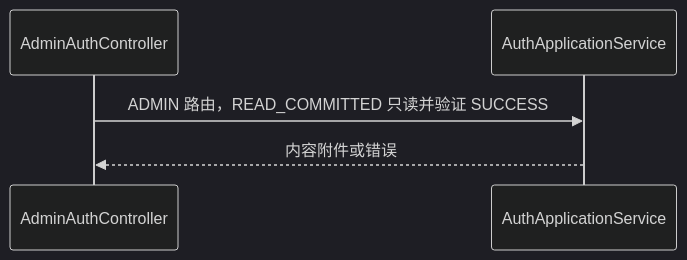
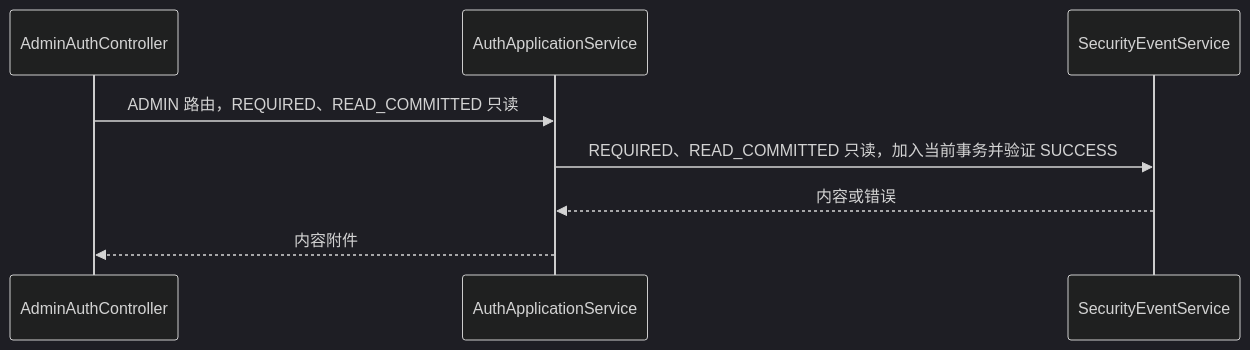
Diagram 23 of 33 in docs/requirements/operations.md (Kylinlixd/suno), drawn with Mermaid (dark theme) before and after one commit. The commit also changed other lines of this file and 2 other files, not shown here.

Commit message:
docs: clarify identity and operations transaction flows

````diff
--- a/docs/requirements/operations.md
+++ b/docs/requirements/operations.md
@@ -221,7 +245,10 @@
 ```mermaid
 sequenceDiagram
   participant C as AdminAuthController#downloadSecurityEventsExportTask
   participant A as AuthApplicationService#getSecurityExportTaskDownload
-  C->>A: ADMIN 路由，READ_COMMITTED 只读并验证 SUCCESS
-  A-->>C: 内容附件或错误
+  participant S as SecurityEventService#getSecurityExportTaskDownload
+  C->>A: ADMIN 路由，REQUIRED、READ_COMMITTED 只读
+  A->>S: REQUIRED、READ_COMMITTED 只读，加入当前事务并验证 SUCCESS
+  S-->>A: 内容或错误
+  A-->>C: 内容附件
 ```
````
